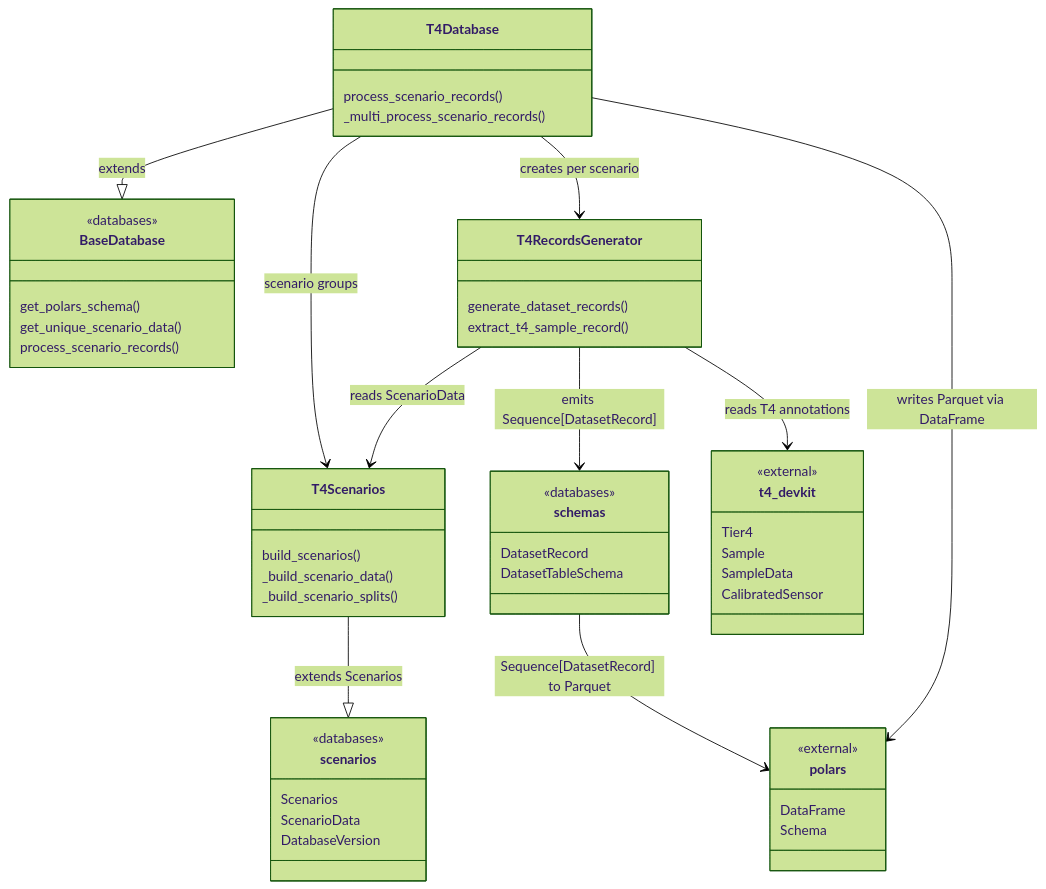
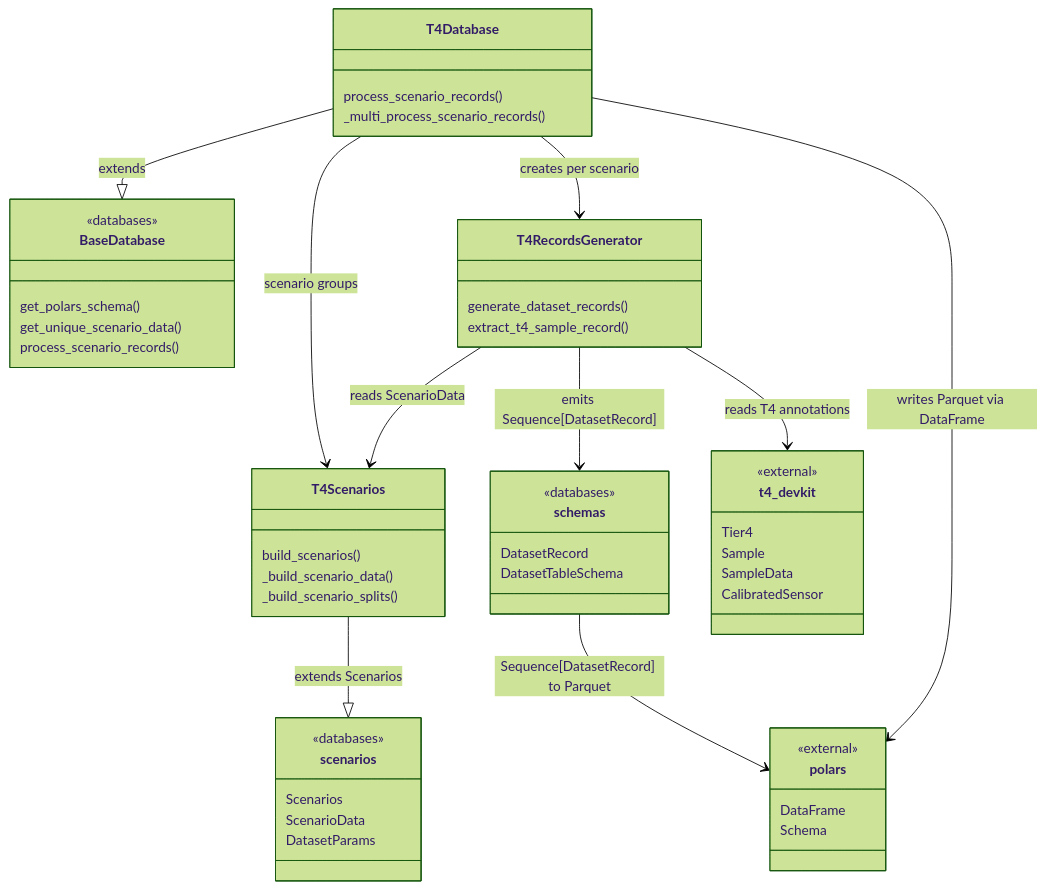
Before and after one commit to tier4/autoware-ml: the diagram in autoware_ml/databases/t4dataset/README.md, drawn with Mermaid (forest theme). The commit also changed 9 other files, not shown here.

Commit message:
Rename DatabaseVersion to DatasetParams

````diff
--- a/autoware_ml/databases/t4dataset/README.md
+++ b/autoware_ml/databases/t4dataset/README.md
@@ -13,67 +13,67 @@
 ```mermaid
 classDiagram
     direction TB
 
     class polars {
         <<external>>
         DataFrame
         Schema
     }
 
     class t4_devkit {
         <<external>>
         Tier4
         Sample
         SampleData
         CalibratedSensor
     }
 
     class scenarios {
         <<databases>>
         Scenarios
         ScenarioData
-        DatabaseVersion
+        DatasetParams
     }
 
     class schemas {
         <<databases>>
         DatasetRecord
         DatasetTableSchema
     }
 
     class BaseDatabase {
         <<databases>>
         get_polars_schema()
         get_unique_scenario_data()
         process_scenario_records()
     }
 
     class T4Scenarios {
         build_scenarios()
         _build_scenario_data()
         _build_scenario_splits()
     }
 
     class T4RecordsGenerator {
         generate_dataset_records()
         extract_t4_sample_record()
     }
 
     class T4Database {
         process_scenario_records()
         _multi_process_scenario_records()
     }
 
     T4Scenarios --|> scenarios : extends Scenarios
 
     T4Database --|> BaseDatabase : extends
     T4Database --> T4Scenarios : scenario groups
     T4Database --> T4RecordsGenerator : creates per scenario
     T4Database --> polars : writes Parquet via DataFrame
 
     T4RecordsGenerator --> T4Scenarios : reads ScenarioData
     T4RecordsGenerator --> schemas : emits Sequence[DatasetRecord]
     T4RecordsGenerator --> t4_devkit : reads T4 annotations
 
     schemas --> polars: Sequence[DatasetRecord] to Parquet
 ```
````
